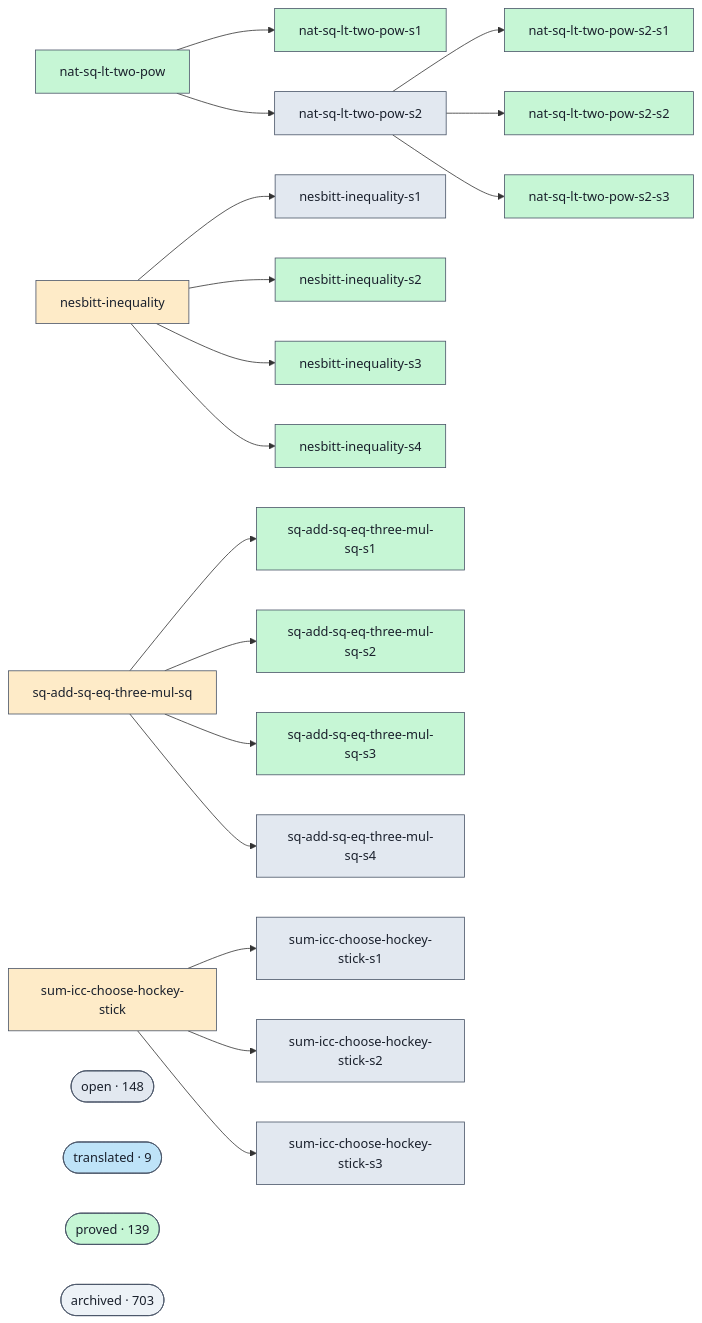
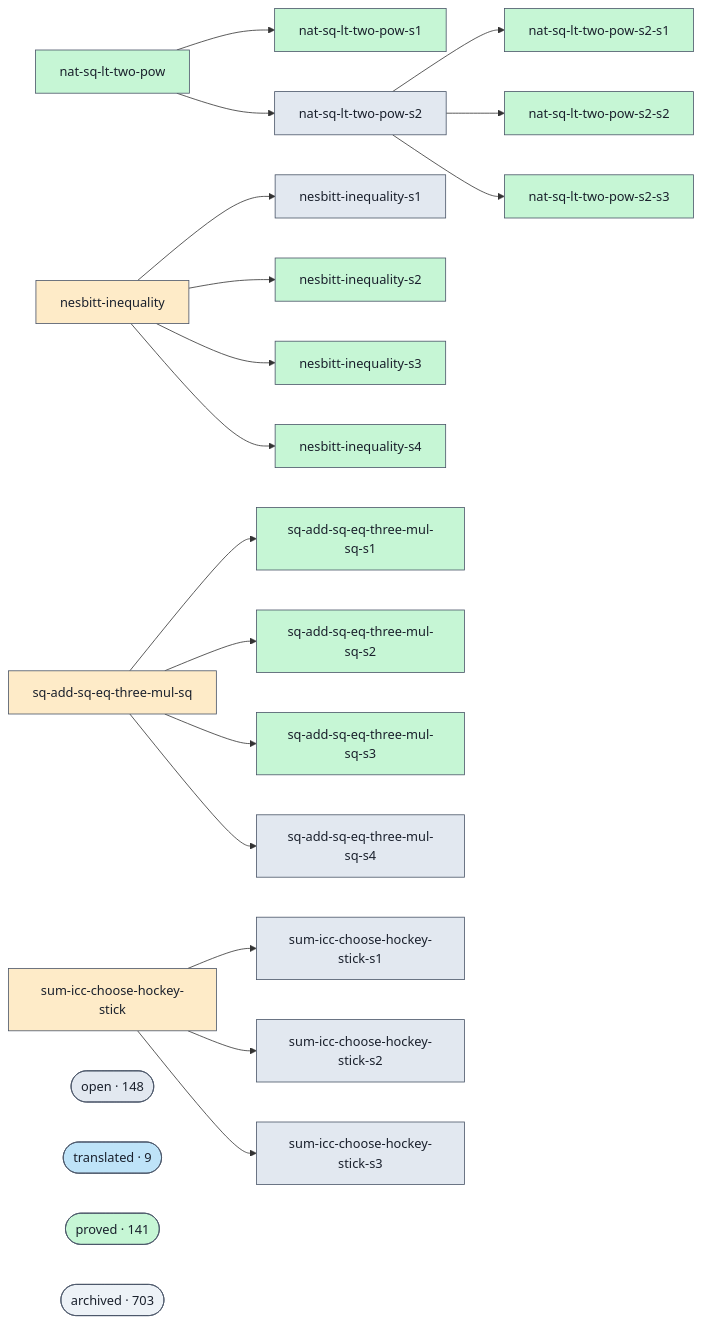
Before and after one commit to ohdearquant/unsorry: the diagram in docs/proofs-contributors-visualisation.md, drawn with Mermaid. The commit also changed other lines of this file and 2 other files, not shown here.

```diff
--- a/docs/proofs-contributors-visualisation.md
+++ b/docs/proofs-contributors-visualisation.md
@@ -102,7 +102,7 @@
   class cluster_open open;
   cluster_translated(["translated · 9"])
   class cluster_translated translated;
-  cluster_proved(["proved · 139"])
+  cluster_proved(["proved · 141"])
   class cluster_proved proved;
   cluster_archived(["archived · 703"])
   class cluster_archived unknown;
```
